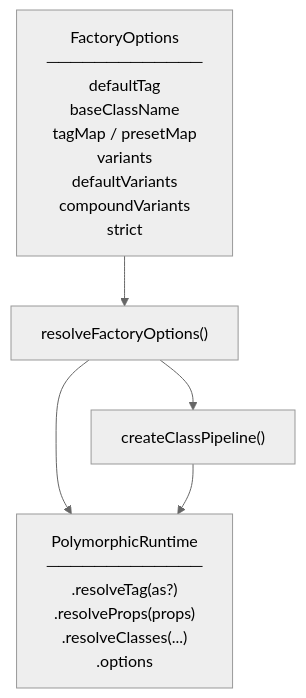
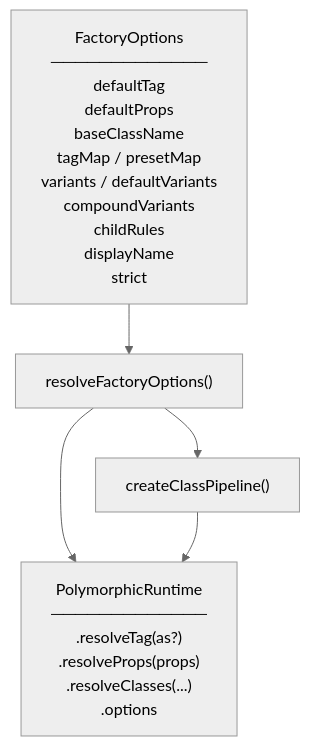
Before and after one commit to slowebworkz/praxis-kit: the first of 10 diagrams in ARCHITECTURE.md, drawn with Mermaid (neutral theme). The commit also changed other lines of this file and 5 other files, not shown here.

````diff
--- a/ARCHITECTURE.md
+++ b/ARCHITECTURE.md
@@ -54,28 +60,30 @@
 ```mermaid
 flowchart TD
     options["FactoryOptions
     ─────────────
     defaultTag
+    defaultProps
     baseClassName
     tagMap / presetMap
-    variants
-    defaultVariants
+    variants / defaultVariants
     compoundVariants
+    childRules
+    displayName
     strict"
     ]
 
     resolve["resolveFactoryOptions()"]
 
     pipeline["createClassPipeline()"]
 
     runtime["PolymorphicRuntime
 ─────────────
 .resolveTag(as?)
 .resolveProps(props)
 .resolveClasses(...)
 .options"]
 
     options --> resolve --> pipeline
     resolve --> runtime
     pipeline --> runtime
 ```
````
